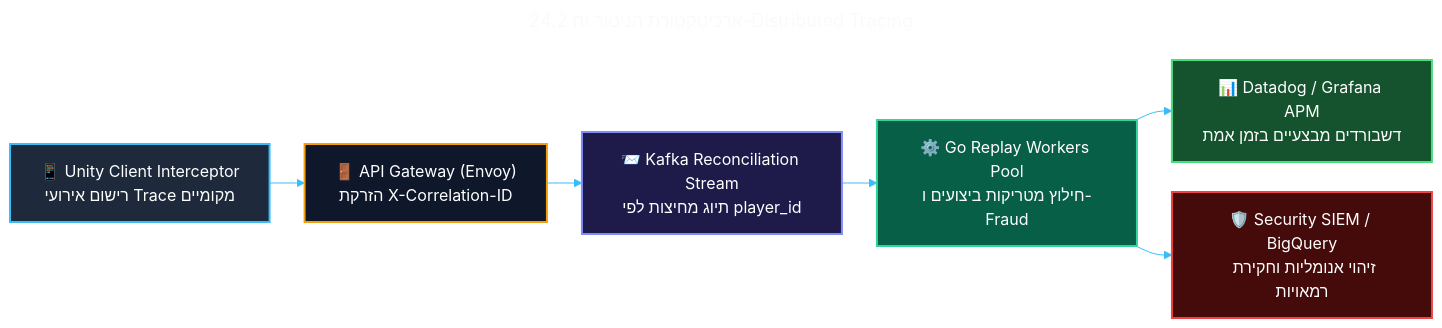
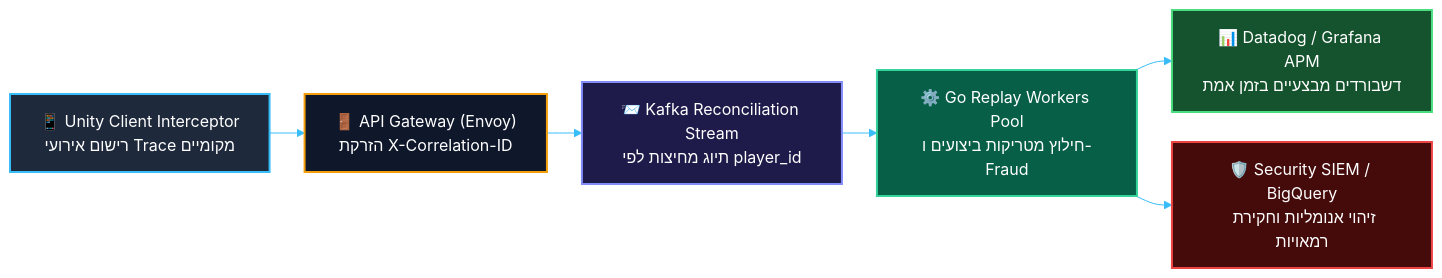
One commit to Yuvalalex/MOON-ACTIVE-MUNI-SPINE changed the diagram in prd_final_v5_CEO_chapters/24 - מדידה, ניסויים ו-Observability.md. Above: the diagram before and after it, drawn with Mermaid. The commit also changed 16 other files, not shown here.

Commit message:
docs: fix mermaid blocks in PRD docs

````diff
--- a/prd_final_v5_CEO_chapters/24 - מדידה, ניסויים ו-Observability.md
+++ b/prd_final_v5_CEO_chapters/24 - מדידה, ניסויים ו-Observability.md
@@ -48,41 +48,38 @@
 ```mermaid
----
-title: "24.2 ארכיטקטורת הניטור וה-Distributed Tracing"
----
 %%{init: {
   "theme": "base",
   "themeVariables": {
     "fontFamily": "Segoe UI, Assistant, sans-serif",
     "fontSize": "16px",
     "primaryColor": "#0f172a",
     "primaryTextColor": "#f8fafc",
     "primaryBorderColor": "#38bdf8",
     "lineColor": "#38bdf8",
     "secondaryColor": "#1e293b",
     "tertiaryColor": "#1e293b",
     "edgeLabelBackground": "#0f172a",
     "nodeBorder": "#38bdf8",
     "clusterBkg": "#0b1120",
     "clusterBorder": "#38bdf8"
   },
   "flowchart": { "curve": "basis", "nodeSpacing": 30, "rankSpacing": 35, "padding": 15 },
   "sequence": { "actorMargin": 30, "messageMargin": 30 },
   "state": { "nodeSpacing": 30, "rankSpacing": 35, "titleTopMargin": 15 }
 }}%%
 flowchart LR
     ClientApp["📱 Unity Client Interceptor<br/>רישום אירועי Trace מקומיים"] --> Gateway["🚪 API Gateway (Envoy)<br/>הזרקת X-Correlation-ID"]
     
     Gateway --> KafkaTopic["📨 Kafka Reconciliation Stream<br/>תיוג מחיצות לפי player_id"]
     
     KafkaTopic --> ReplayWorkers["⚙️ Go Replay Workers Pool<br/>חילוץ מטריקות ביצועים ו-Fraud"]
     
     ReplayWorkers --> Datadog["📊 Datadog / Grafana APM<br/>דשבורדים מבצעיים בזמן אמת"]
     ReplayWorkers --> SIEM["🛡️ Security SIEM / BigQuery<br/>זיהוי אנומליות וחקירת רמאויות"]
 
     style ClientApp fill:#1e293b,stroke:#38bdf8,stroke-width:2px,color:#fff
     style Gateway fill:#0f172a,stroke:#f59e0b,stroke-width:2px,color:#fff
     style KafkaTopic fill:#1e1b4b,stroke:#818cf8,stroke-width:2px,color:#fff
     style ReplayWorkers fill:#065f46,stroke:#34d399,stroke-width:2px,color:#fff
     style Datadog fill:#14532d,stroke:#4ade80,stroke-width:2px,color:#fff
     style SIEM fill:#450a0a,stroke:#ef4444,stroke-width:2px,color:#fff
 ```
````
